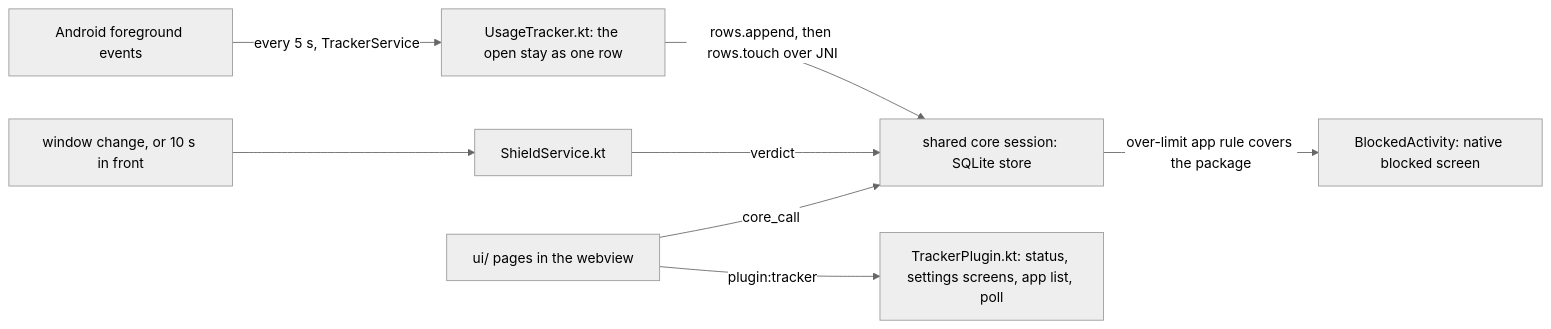
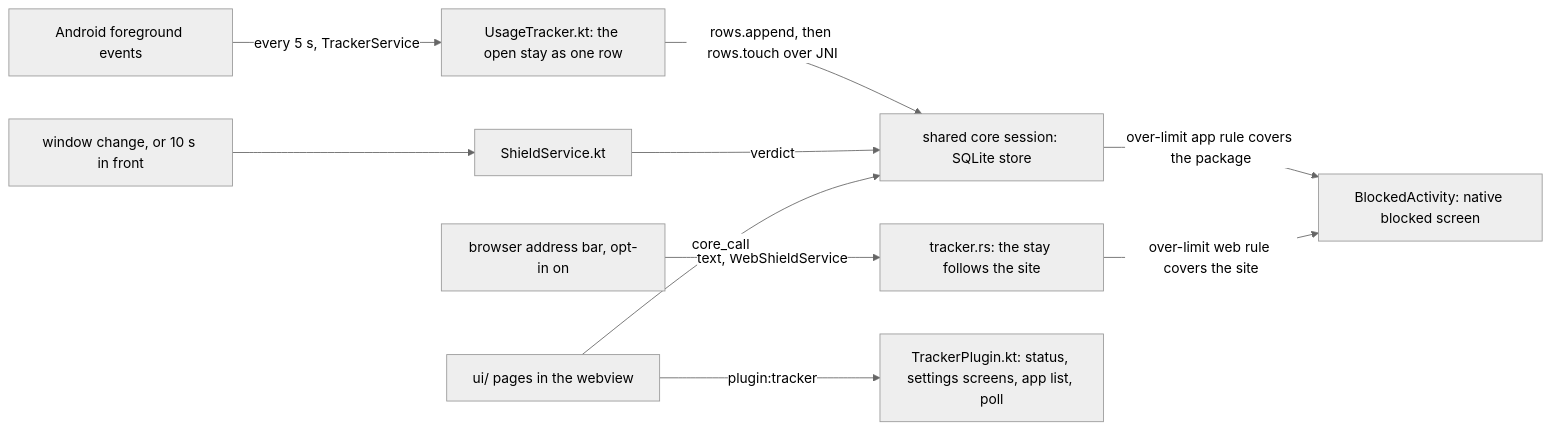
Before and after one commit to Plushly-Interactive/Reeflect: the diagram in docs/features/android-app.md, drawn with Mermaid (neutral theme). The commit also changed other lines of this file and 18 other files, not shown here.

````diff
--- a/docs/features/android-app.md
+++ b/docs/features/android-app.md
@@ -7,10 +7,12 @@
 ```mermaid
 flowchart LR
   sys[Android foreground events] -->|every 5 s, TrackerService| tracker[UsageTracker.kt: the open stay as one row]
   tracker -->|rows.append, then rows.touch over JNI| core[shared core session: SQLite store]
   win[window change, or 10 s in front] --> shield[ShieldService.kt]
   shield -->|verdict| core
   core -->|over-limit app rule covers the package| blocked[BlockedActivity: native blocked screen]
+  bar[browser address bar, opt-in on] -->|text, WebShieldService| rust[tracker.rs: the stay follows the site]
+  rust -->|over-limit web rule covers the site| blocked
   pages[ui/ pages in the webview] -->|core_call| core
   pages -->|plugin:tracker| plugin[TrackerPlugin.kt: status, settings screens, app list, poll]
 ```
````
